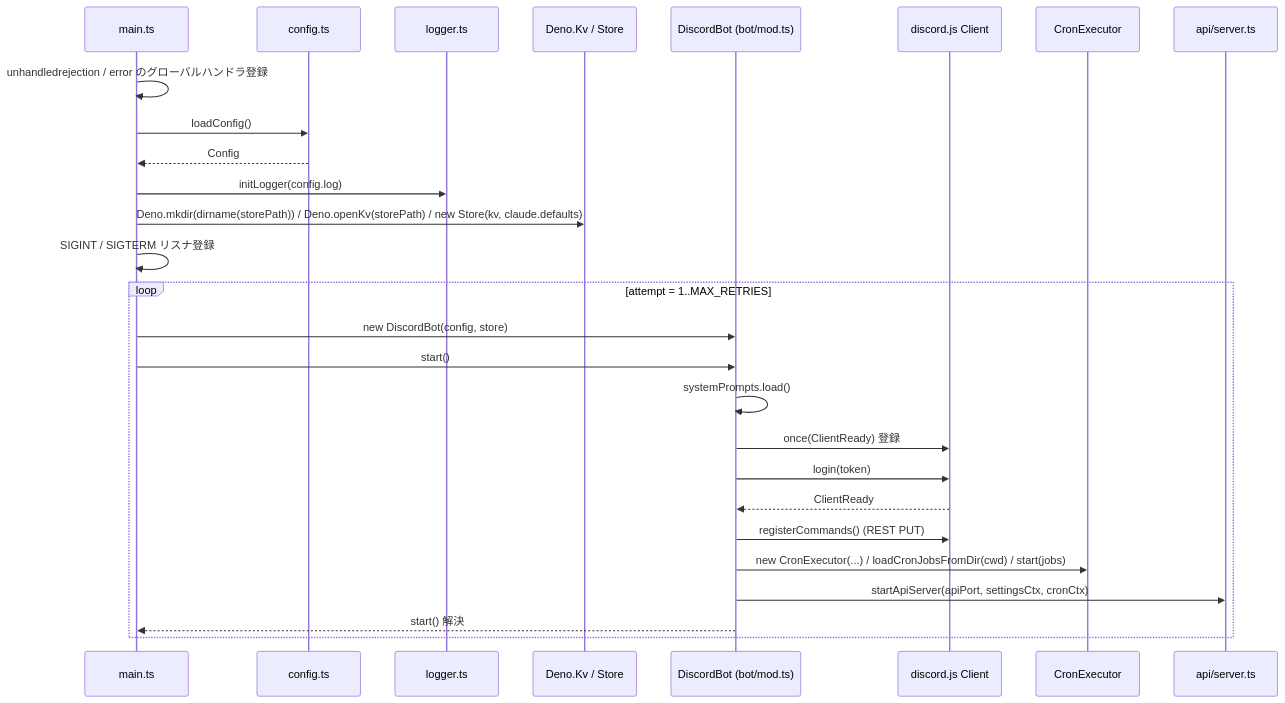
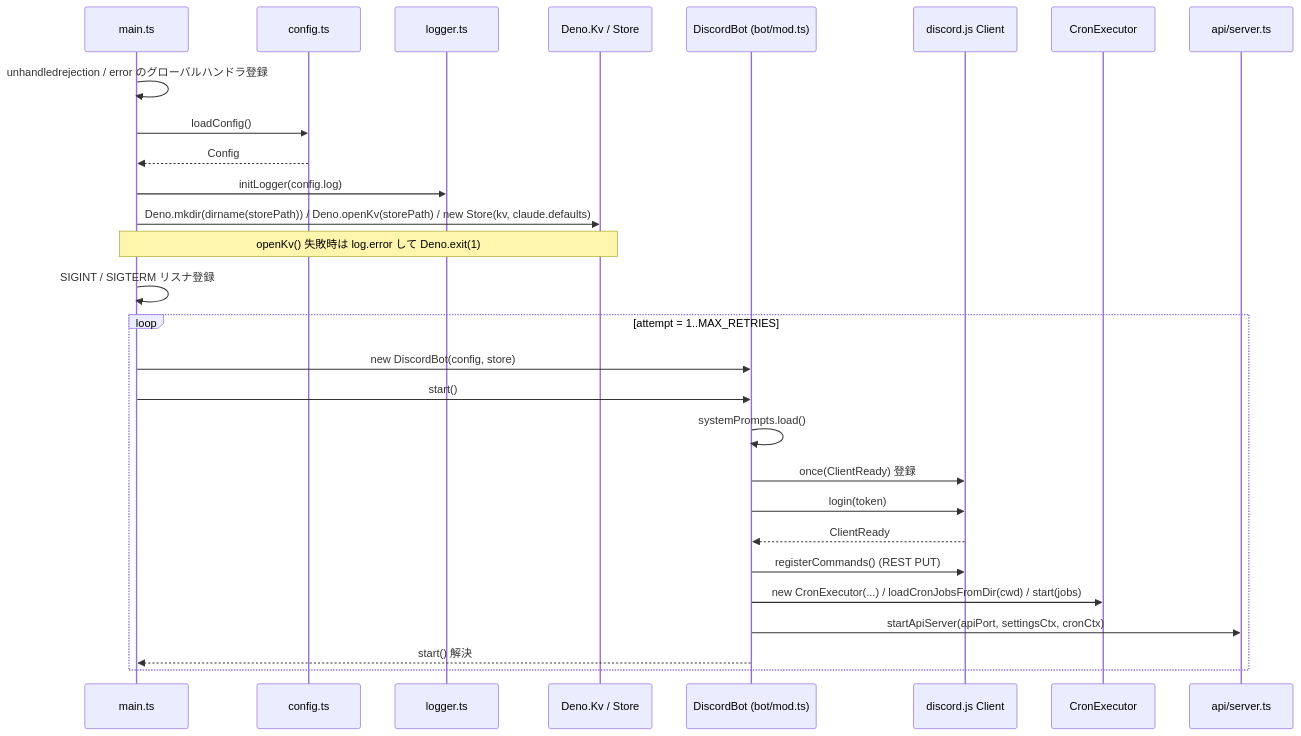
One commit to ansanloms/loms-claw changed the diagram in docs/architecture/lifecycle.md. Above: the diagram before and after it, drawn with Mermaid. The commit also changed other lines of this file and 3 other files, not shown here.

````diff
--- a/docs/architecture/lifecycle.md
+++ b/docs/architecture/lifecycle.md
@@ -9,30 +9,31 @@
 ```mermaid
 sequenceDiagram
     participant M as main.ts
     participant C as config.ts
     participant L as logger.ts
     participant KV as Deno.Kv / Store
     participant B as DiscordBot (bot/mod.ts)
     participant D as discord.js Client
     participant X as CronExecutor
     participant A as api/server.ts
 
     M->>M: unhandledrejection / error のグローバルハンドラ登録
     M->>C: loadConfig()
     C-->>M: Config
     M->>L: initLogger(config.log)
     M->>KV: Deno.mkdir(dirname(storePath)) / Deno.openKv(storePath) / new Store(kv, claude.defaults)
+    Note over M,KV: openKv() 失敗時は log.error して Deno.exit(1)
     M->>M: SIGINT / SIGTERM リスナ登録
     loop attempt = 1..MAX_RETRIES
         M->>B: new DiscordBot(config, store)
         M->>B: start()
         B->>B: systemPrompts.load()
         B->>D: once(ClientReady) 登録
         B->>D: login(token)
         D-->>B: ClientReady
         B->>D: registerCommands() (REST PUT)
         B->>X: new CronExecutor(...) / loadCronJobsFromDir(cwd) / start(jobs)
         B->>A: startApiServer(apiPort, settingsCtx, cronCtx)
         B-->>M: start() 解決
     end
 ```
````
